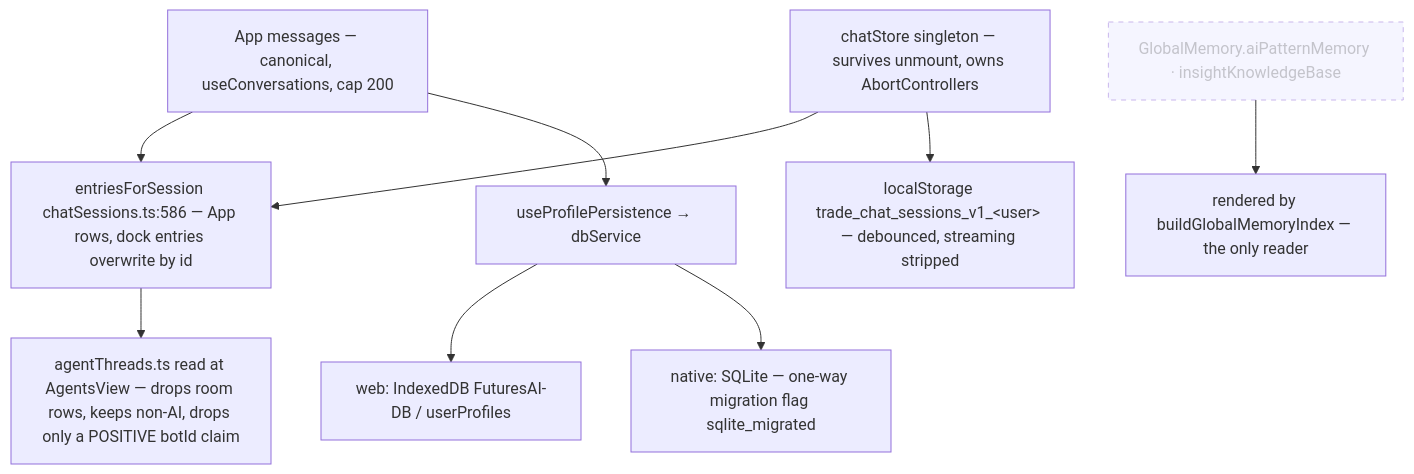
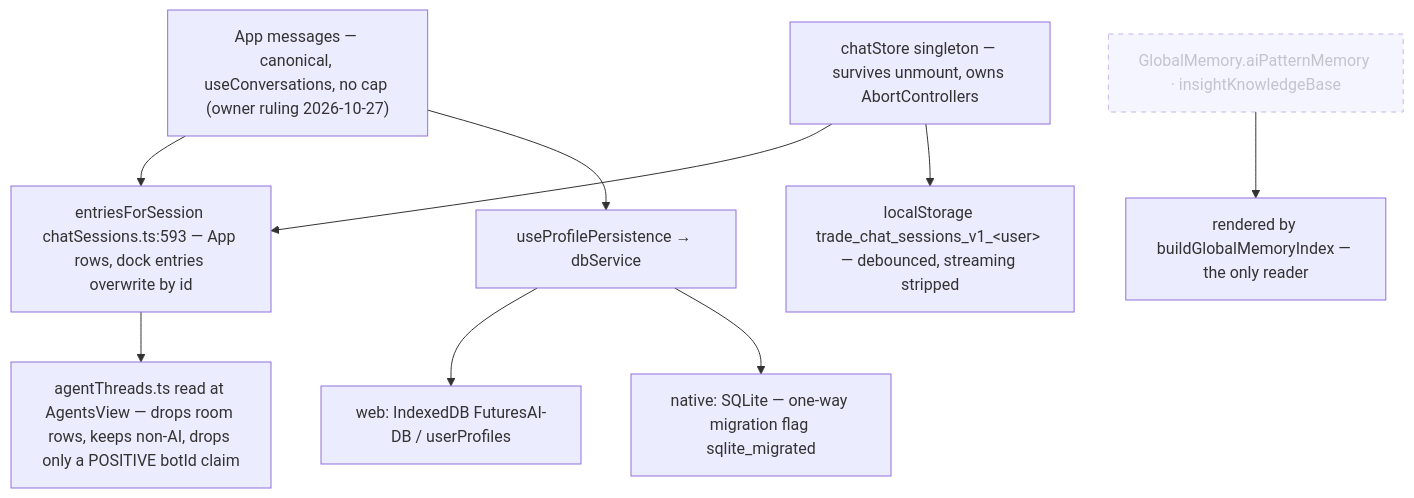
Before and after one commit to Acepay25/august-3.5: the seventh of 8 diagrams in docs/app-flow.md, drawn with Mermaid. The commit also changed other lines of this file and 43 other files, not shown here.

````diff
--- a/docs/app-flow.md
+++ b/docs/app-flow.md
@@ -540,12 +540,12 @@
 ```mermaid
 flowchart TD
-    MSG["App messages — canonical, useConversations, cap 200"] --> MER["entriesForSession chatSessions.ts:586 — App rows, dock entries overwrite by id"]
+    MSG["App messages — canonical, useConversations, no cap (owner ruling 2026-10-27)"] --> MER["entriesForSession chatSessions.ts:593 — App rows, dock entries overwrite by id"]
     CS["chatStore singleton — survives unmount, owns AbortControllers"] --> MER
     MER --> PANE["agentThreads.ts read at AgentsView — drops room rows, keeps non-AI, drops only a POSITIVE botId claim"]
     CS --> LS["localStorage trade_chat_sessions_v1_&lt;user&gt; — debounced, streaming stripped"]
     MSG --> PP["useProfilePersistence → dbService"]
     PP --> IDB["web: IndexedDB FuturesAI-DB / userProfiles"]
     PP --> SQL["native: SQLite — one-way migration flag sqlite_migrated"]
     GM["GlobalMemory.aiPatternMemory · insightKnowledgeBase"]:::dead --> IDX["rendered by buildGlobalMemoryIndex — the only reader"]
     classDef dead stroke-dasharray: 5 5,opacity:.5
 ```
````
